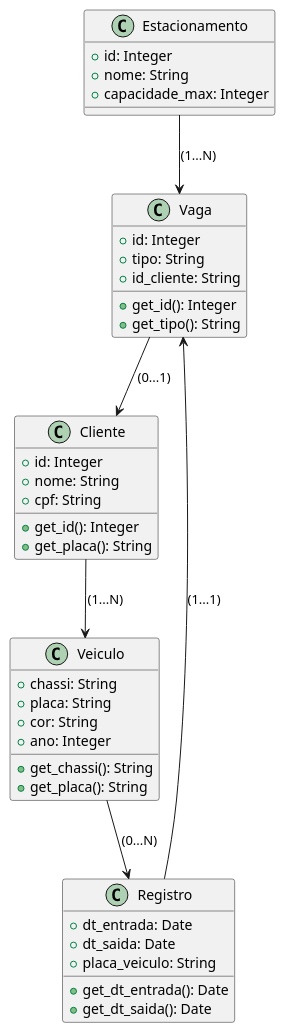
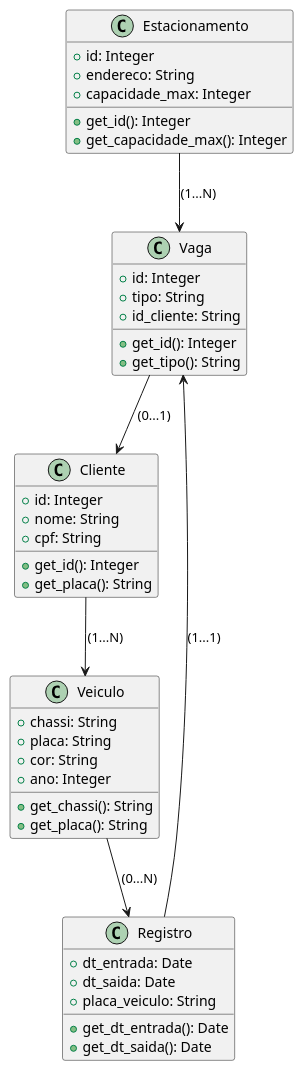
Before and after one commit to amandasantos312/analise-projeto-sistemas: the diagram in atividade8/3-estacionamento.plantuml, drawn with PlantUML.

Commit message:
questões em uml

```diff
--- a/atividade8/3-estacionamento.plantuml
+++ b/atividade8/3-estacionamento.plantuml
@@ -1,52 +1,55 @@
 @startuml estacionamentoUml
 
 class Estacionamento {
     + id: Integer
-    + nome: String
+    + endereco: String
     + capacidade_max: Integer
+
+    + get_id(): Integer
+    + get_capacidade_max(): Integer
 }
 
 class Vaga {
     + id: Integer
     + tipo: String
     + id_cliente: String
 
     + get_id(): Integer
     + get_tipo(): String
 }
 
 class Cliente {
     + id: Integer
     + nome: String
     + cpf: String
 
     + get_id(): Integer
     + get_placa(): String
 }
 
 class Registro {
     + dt_entrada: Date
     + dt_saida: Date
     + placa_veiculo: String
 
     + get_dt_entrada(): Date
     + get_dt_saida(): Date
 }
 
 class Veiculo {
     + chassi: String
     + placa: String
     + cor: String
     + ano: Integer
 
     + get_chassi(): String
     + get_placa(): String
 }
 
 Estacionamento --> Vaga: (1...N)
 Vaga --> Cliente: (0...1)
 Cliente --> Veiculo: (1...N)
 Veiculo --> Registro: (0...N)
 Registro --> Vaga: (1...1)
 
 @enduml
```
